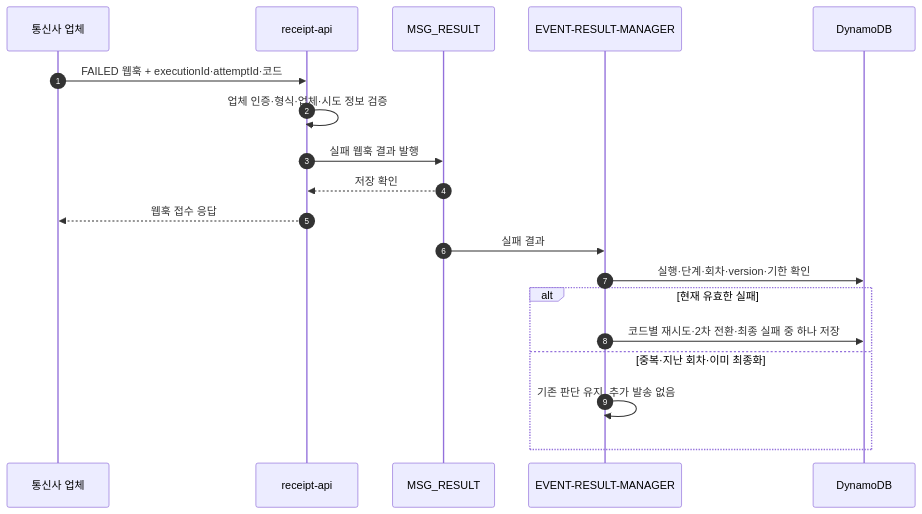
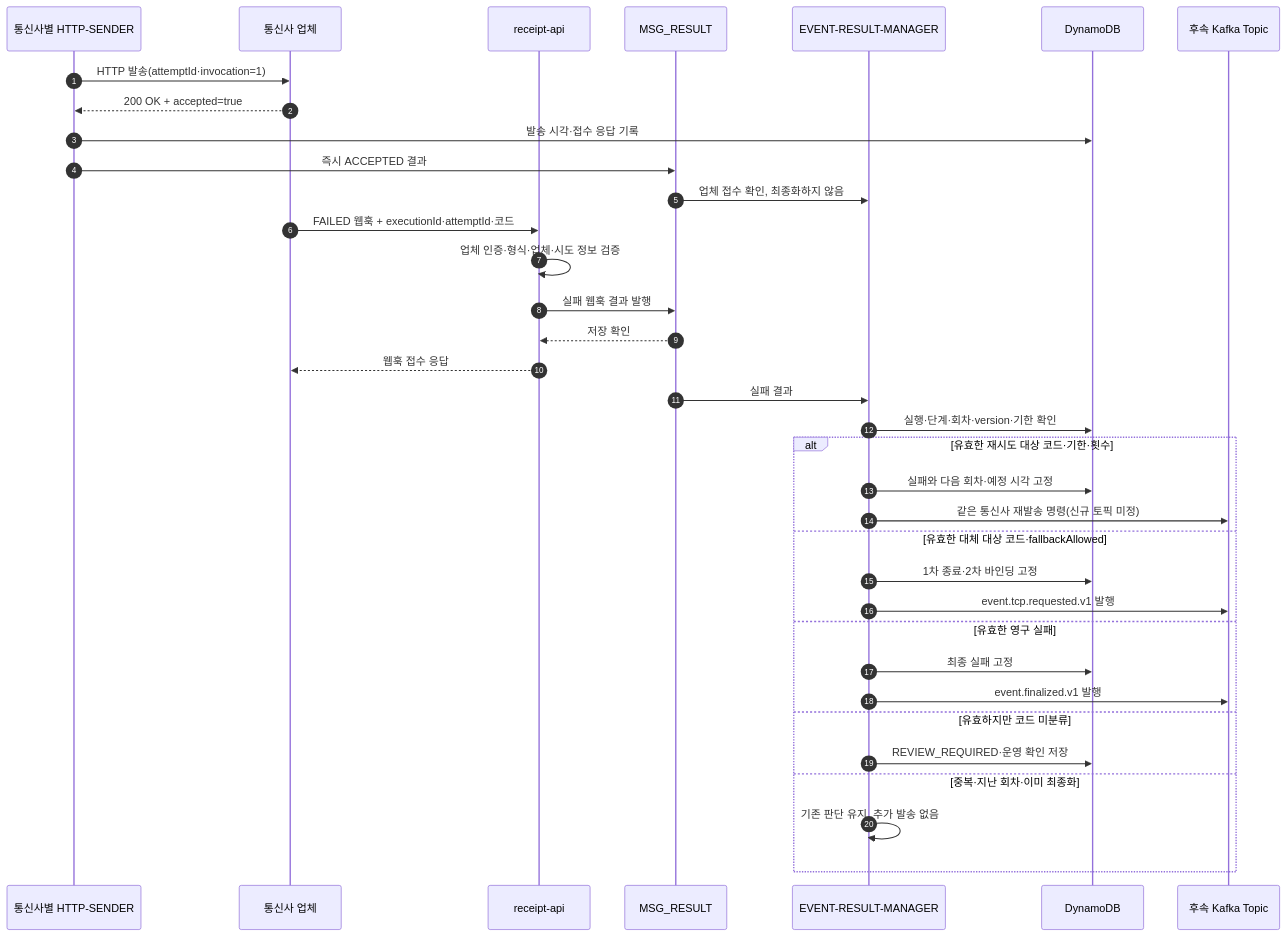
The sixth of 9 diagrams in docs/53-신규-이벤트-케이스별-Call-Flow.md (hyun-seung/High-throughput-event-platform), drawn with Mermaid before and after one commit. The commit also changed other lines of this file, not shown here.

Commit message:
HTTP 접수 후 실패 웹훅 처리 구체화

````diff
--- a/docs/53-신규-이벤트-케이스별-Call-Flow.md
+++ b/docs/53-신규-이벤트-케이스별-Call-Flow.md
@@ -181,21 +181,37 @@
 ```mermaid
 sequenceDiagram
     autonumber
+    participant S as 통신사별 HTTP-SENDER
     participant P as 통신사 업체
     participant W as receipt-api
     participant K as MSG_RESULT
     participant M as EVENT-RESULT-MANAGER
     participant D as DynamoDB
+    participant T as 후속 Kafka Topic
+    S->>P: HTTP 발송(attemptId·invocation=1)
+    P-->>S: 200 OK + accepted=true
+    S->>D: 발송 시각·접수 응답 기록
+    S->>K: 즉시 ACCEPTED 결과
+    K->>M: 업체 접수 확인, 최종화하지 않음
     P->>W: FAILED 웹훅 + executionId·attemptId·코드
     W->>W: 업체 인증·형식·업체·시도 정보 검증
     W->>K: 실패 웹훅 결과 발행
     K-->>W: 저장 확인
     W-->>P: 웹훅 접수 응답
     K->>M: 실패 결과
     M->>D: 실행·단계·회차·version·기한 확인
-    alt 현재 유효한 실패
-        M->>D: 코드별 재시도·2차 전환·최종 실패 중 하나 저장
+    alt 유효한 재시도 대상 코드·기한·횟수
+        M->>D: 실패와 다음 회차·예정 시각 고정
+        M->>T: 같은 통신사 재발송 명령(신규 토픽 미정)
+    else 유효한 대체 대상 코드·fallbackAllowed
+        M->>D: 1차 종료·2차 바인딩 고정
+        M->>T: event.tcp.requested.v1 발행
+    else 유효한 영구 실패
+        M->>D: 최종 실패 고정
+        M->>T: event.finalized.v1 발행
+    else 유효하지만 코드 미분류
+        M->>D: REVIEW_REQUIRED·운영 확인 저장
     else 중복·지난 회차·이미 최종화
         M->>M: 기존 판단 유지, 추가 발송 없음
     end
 ```
````
